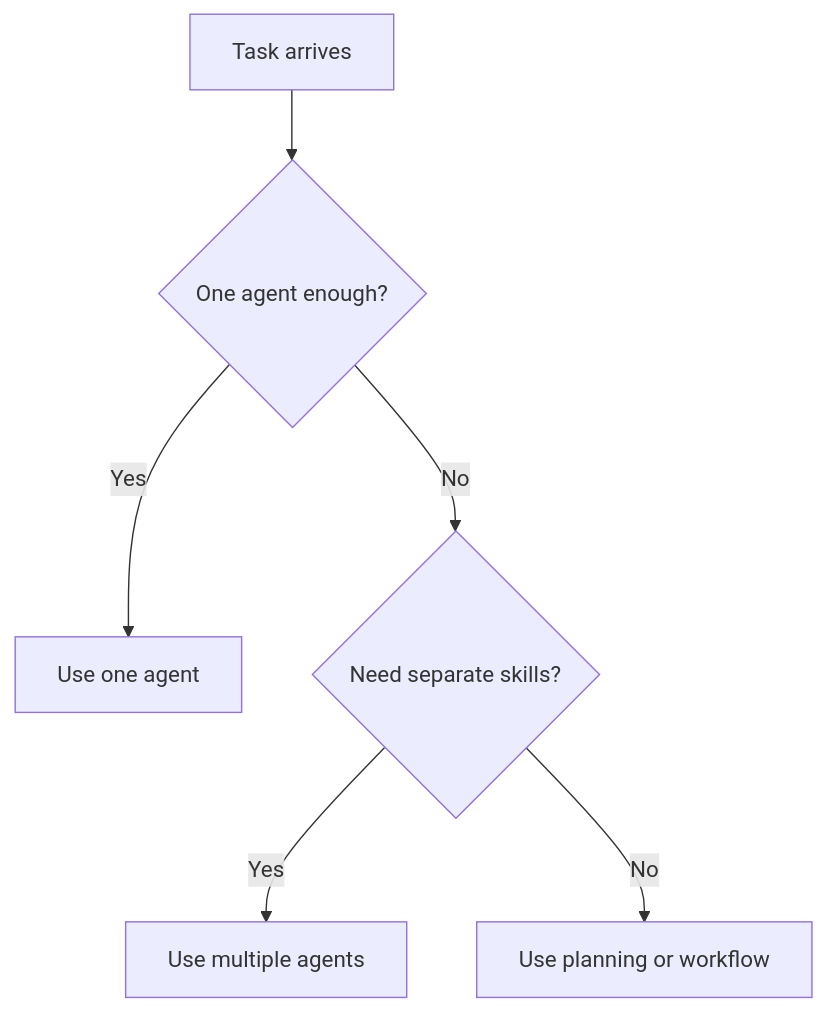
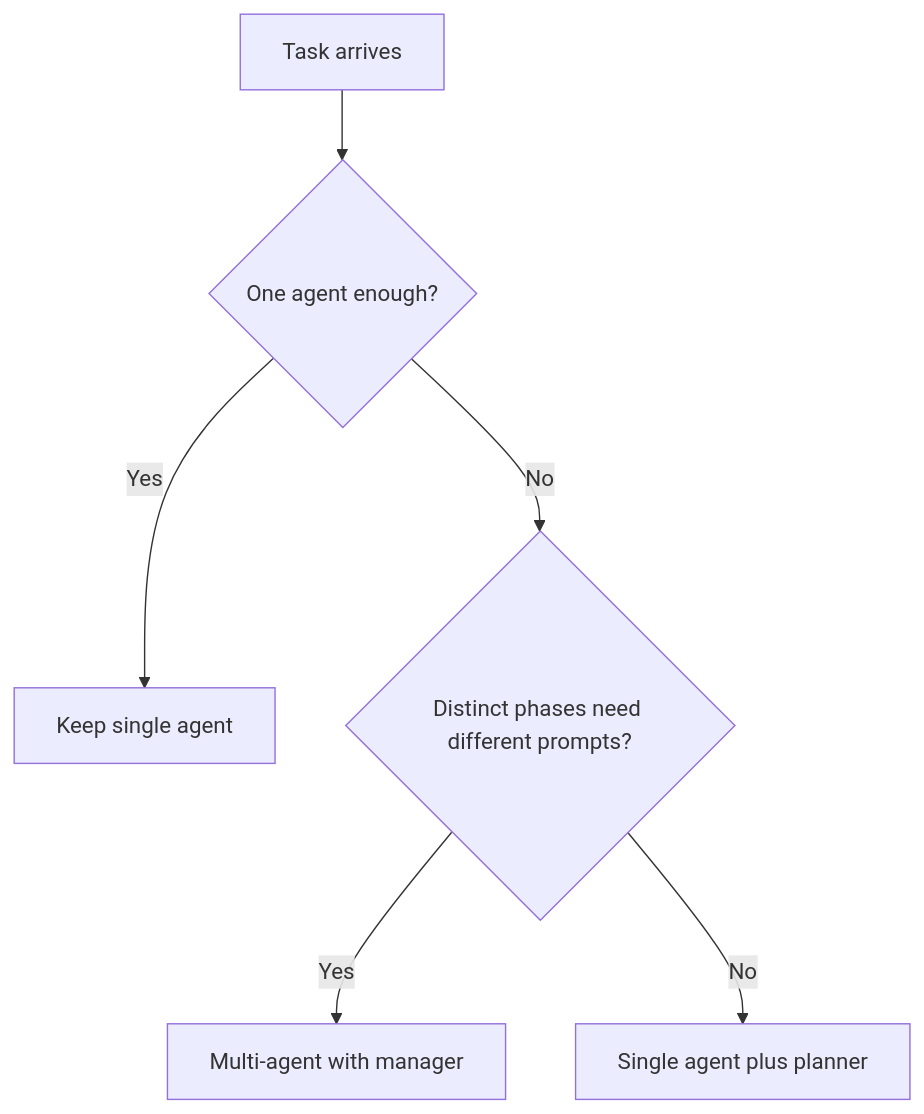
The seventh of 14 diagrams in day_24/day_24_multi_agent_systems.md (Asabeneh/30-Days-Of-AI-Engineering), drawn with Mermaid before and after one commit. The commit also changed other lines of this file and 49 other files, not shown here.

````diff
--- a/day_24/day_24_multi_agent_systems.md
+++ b/day_24/day_24_multi_agent_systems.md
@@ -238,8 +301,8 @@
 ```mermaid
 flowchart TD
-        A[Task arrives] --> B{One agent enough?}
-        B -->|Yes| C[Use one agent]
-        B -->|No| D{Need separate skills?}
-        D -->|Yes| E[Use multiple agents]
-        D -->|No| F[Use planning or workflow]
+    A[Task arrives] --> B{One agent enough?}
+    B -->|Yes| C[Keep single agent]
+    B -->|No| D{Distinct phases need different prompts?}
+    D -->|Yes| E[Multi-agent with manager]
+    D -->|No| F[Single agent plus planner]
 ```
````
